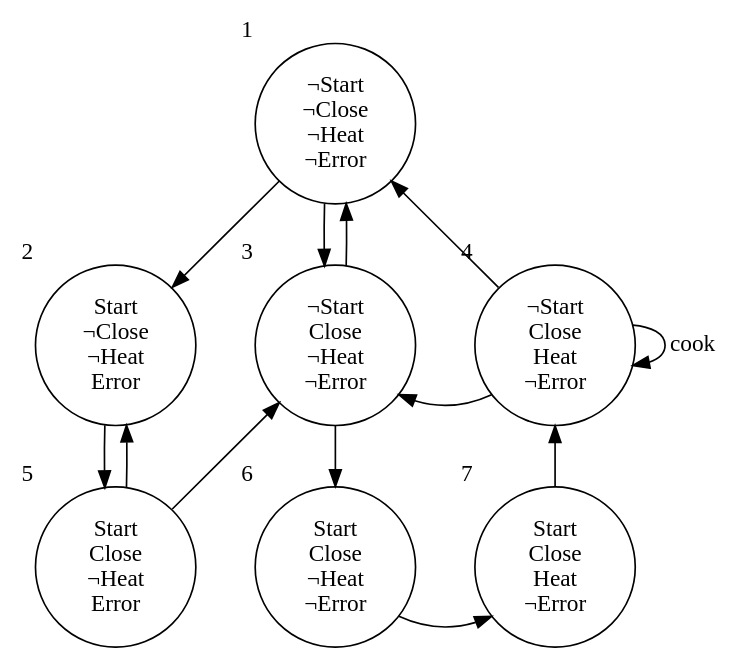
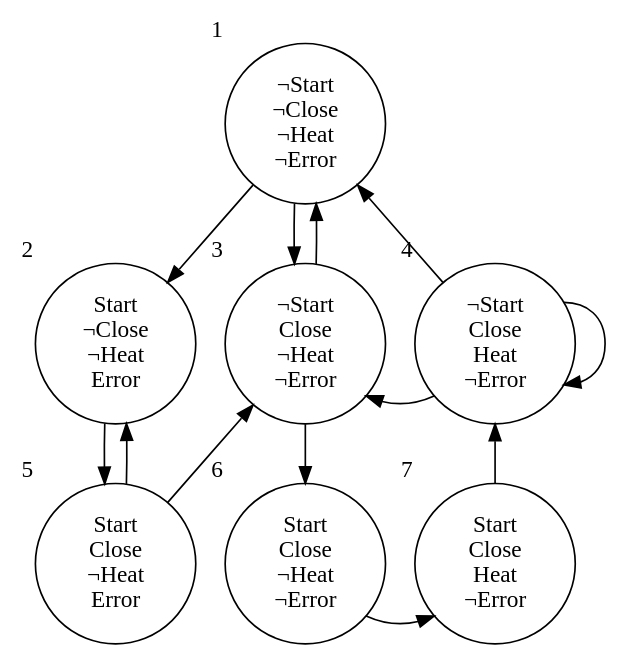
Before and after one commit to sinotca529/glab-seminar: the fourth of 4 diagrams in src/mc5/mc5.1.md, drawn with Graphviz. The commit also changed other lines of this file and 6 other files, not shown here.

````diff
--- a/src/mc5/mc5.1.md
+++ b/src/mc5/mc5.1.md
@@ -273,31 +272,31 @@
 ```graphviz {caption=クリプキ構造}
 digraph G {
     splines = false
     N1 [xlabel="1", label = "¬Start\n¬Close\n¬Heat\n¬Error", shape = circle]
     N2 [xlabel="2", label = "Start\n¬Close\n¬Heat\nError", shape = circle]
     N3 [xlabel="3", label = "¬Start\nClose\n¬Heat\n¬Error", shape = circle]
     N4 [xlabel="4", label = "¬Start\nClose\nHeat\n¬Error", shape = circle]
     N5 [xlabel="5", label = "Start\nClose\n¬Heat\nError", shape = circle]
     N6 [xlabel="6", label = "Start\nClose\n¬Heat\n¬Error", shape = circle]
     N7 [xlabel="7", label = "Start\nClose\nHeat\n¬Error", shape = circle]
 
     N1 -> N2
     N1 -> N3
     N2 -> N5
     N3 -> N1
     N3 -> N6
     N4 -> N1
     N4 -> N3
-    N4 -> N4 [label="cook"]
+    N4 -> N4
     N5 -> N2
     N5 -> N3
     N6 -> N7
     N7 -> N4
 
     {rank = same; N2, N3, N4;}
     {rank = same; N5, N6, N7;}
 
     N2 -> N3 -> N4 [color=transparent]
     N5 -> N6 -> N7 [color=transparent]
 }
 ```
````
